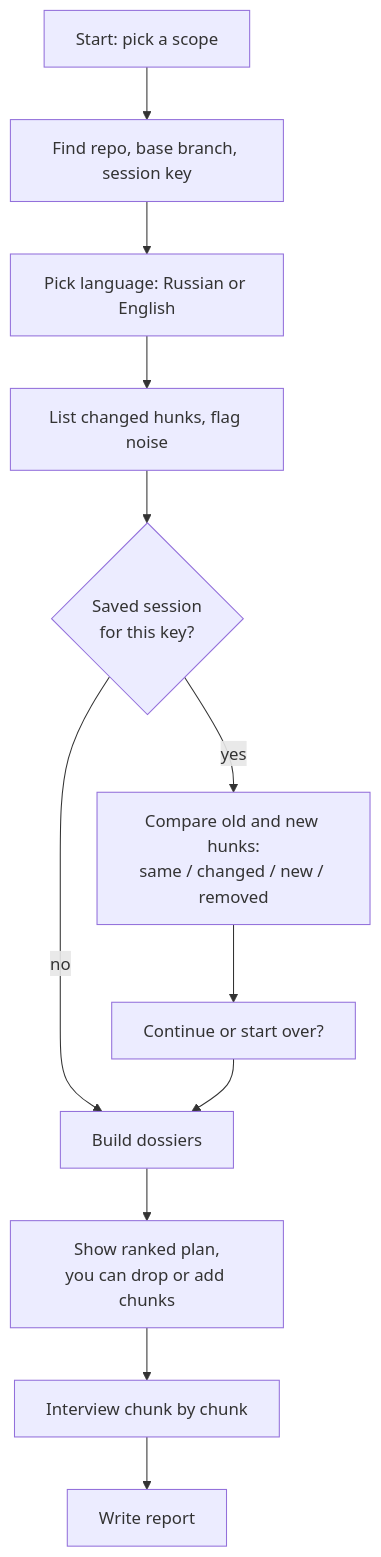
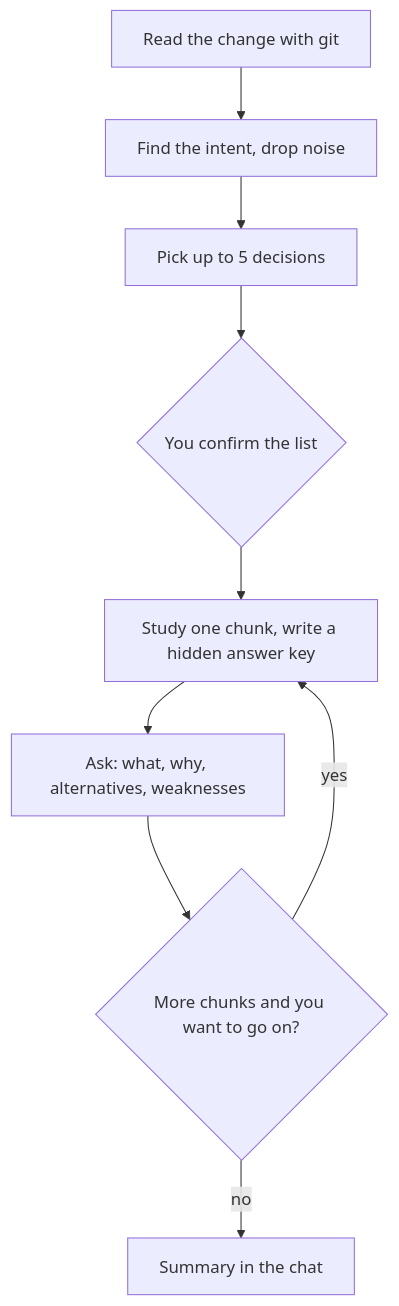
One commit to runespoor-engineering/claude-branch-interview changed the diagram in docs/how-it-works.md. Above: the diagram before and after it, drawn with Mermaid. The commit also changed other lines of this file and 27 other files, not shown here.

````diff
--- a/docs/how-it-works.md
+++ b/docs/how-it-works.md
@@ -46,14 +11,11 @@
 ```mermaid
 flowchart TD
-    A[Start: pick a scope] --> B[Find repo, base branch, session key]
-    B --> C[Pick language: Russian or English]
-    C --> D[List changed hunks, flag noise]
-    D --> E{Saved session<br/>for this key?}
-    E -- yes --> F[Compare old and new hunks:<br/>same / changed / new / removed]
-    F --> G[Continue or start over?]
-    E -- no --> H[Build dossiers]
-    G --> H
-    H --> I[Show ranked plan,<br/>you can drop or add chunks]
-    I --> J[Interview chunk by chunk]
-    J --> K[Write report]
+    A[Read the change with git] --> B[Find the intent, drop noise]
+    B --> C[Pick up to 5 decisions]
+    C --> D{You confirm the list}
+    D --> E[Study one chunk, write a hidden answer key]
+    E --> F[Ask: what, why, alternatives, weaknesses]
+    F --> G{More chunks and you want to go on?}
+    G -- yes --> E
+    G -- no --> H[Summary in the chat]
 ```
````
